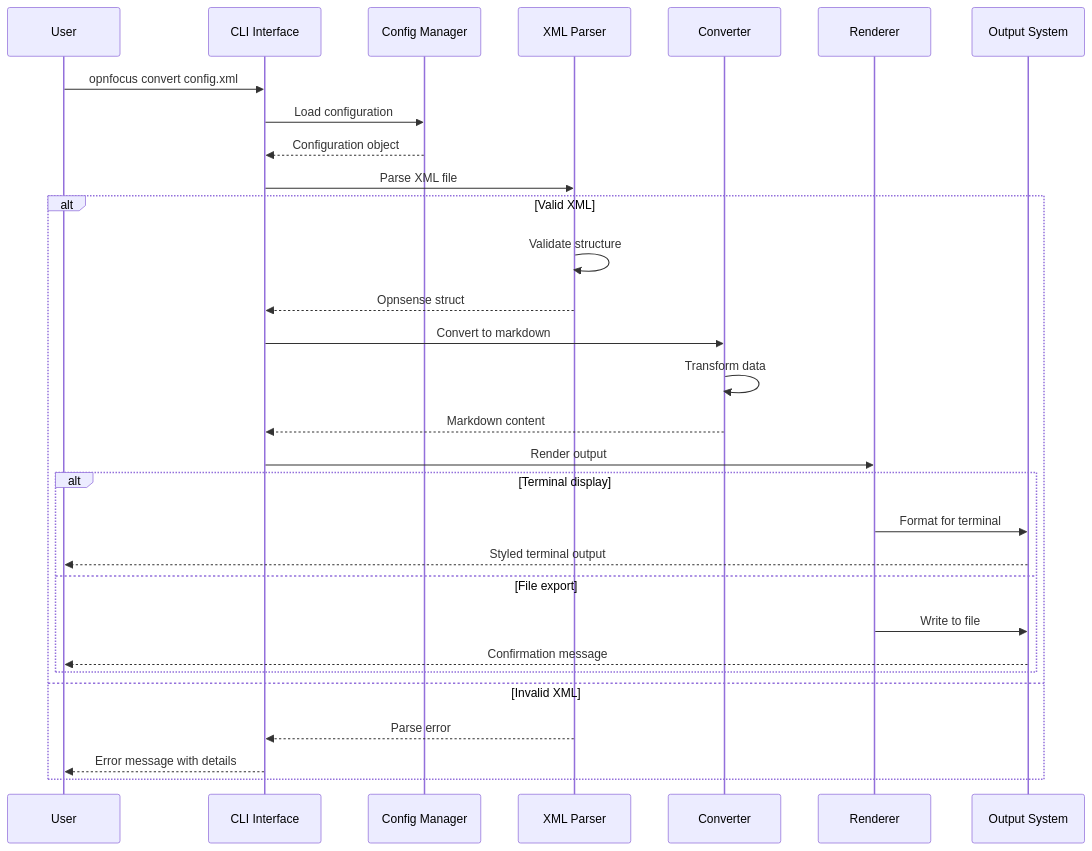
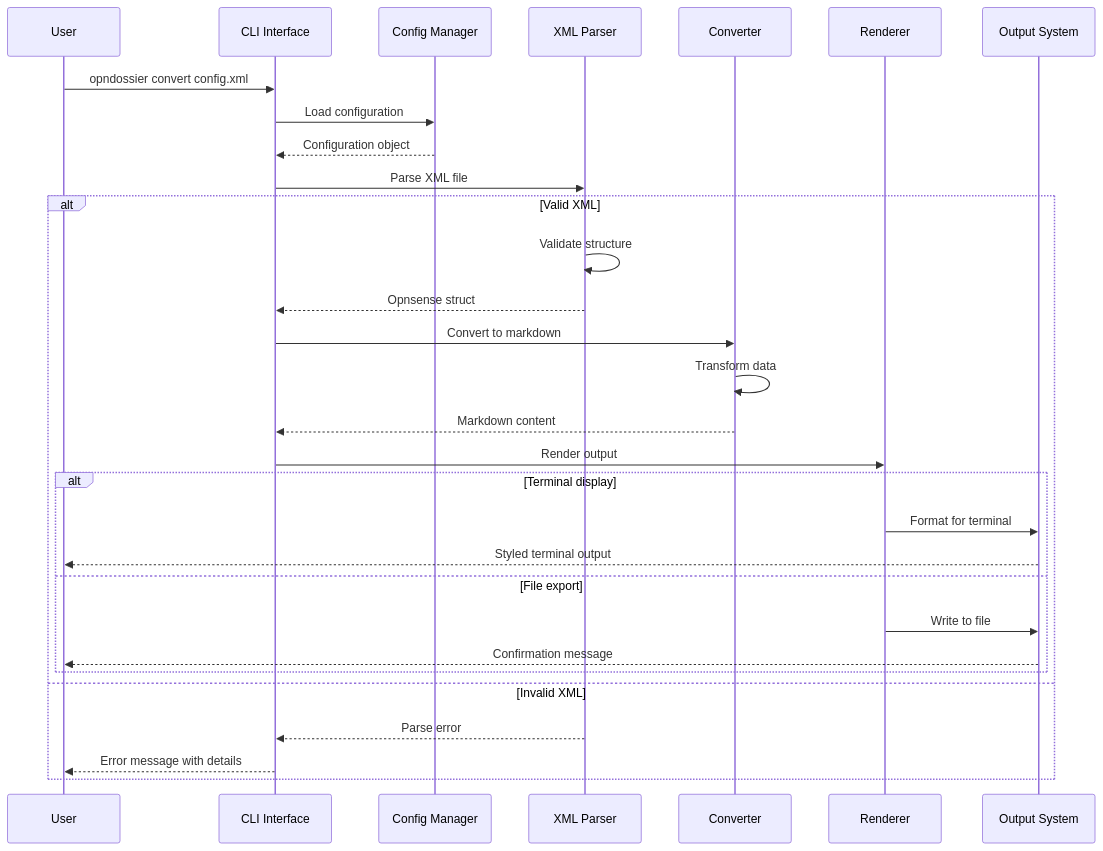
The second of 6 diagrams in docs/dev-guide/architecture.md (EvilBit-Labs/opnDossier), drawn with Mermaid before and after one commit. The commit also changed other lines of this file and 24 other files, not shown here.

````diff
--- a/docs/dev-guide/architecture.md
+++ b/docs/dev-guide/architecture.md
@@ -187,36 +187,36 @@
 ```mermaid
 sequenceDiagram
     participant U as User
     participant CLI as CLI Interface
     participant CFG as Config Manager
     participant P as XML Parser
     participant C as Converter
     participant R as Renderer
     participant O as Output System
 
-    U->>CLI: opnfocus convert config.xml
+    U->>CLI: opndossier convert config.xml
     CLI->>CFG: Load configuration
     CFG-->>CLI: Configuration object
     CLI->>P: Parse XML file
 
     alt Valid XML
         P->>P: Validate structure
         P-->>CLI: Opnsense struct
         CLI->>C: Convert to markdown
         C->>C: Transform data
         C-->>CLI: Markdown content
         CLI->>R: Render output
 
         alt Terminal display
             R->>O: Format for terminal
             O-->>U: Styled terminal output
         else File export
             R->>O: Write to file
             O-->>U: Confirmation message
         end
 
     else Invalid XML
         P-->>CLI: Parse error
         CLI-->>U: Error message with details
     end
 ```
````
